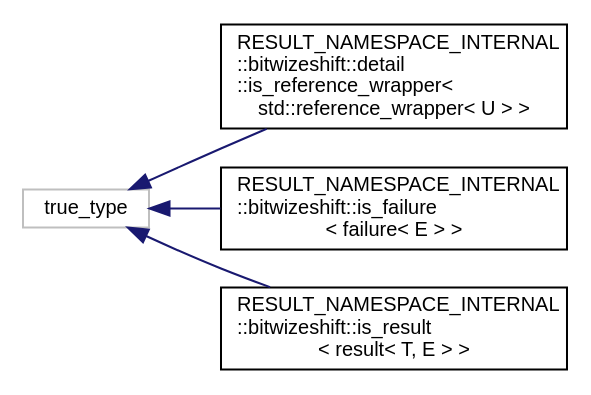
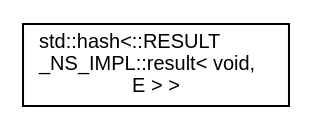
One commit to bitwizeshift/result changed the diagram in api/latest/inherit_graph_9.dot. Above: the diagram before and after it, drawn with Graphviz. The commit also changed 309 other files, not shown here.

```diff
--- a/api/latest/inherit_graph_9.dot
+++ b/api/latest/inherit_graph_9.dot
@@ -1,13 +1,7 @@
 digraph "Graphical Class Hierarchy"
 {
   edge [fontname="Helvetica",fontsize="10",labelfontname="Helvetica",labelfontsize="10"];
   node [fontname="Helvetica",fontsize="10",shape=record];
   rankdir="LR";
-  Node1 [label="true_type",height=0.2,width=0.4,color="grey75", fillcolor="white", style="filled"];
-  Node1 -> Node0 [dir="back",color="midnightblue",fontsize="10",style="solid",fontname="Helvetica"];
-  Node0 [label="RESULT_NAMESPACE_INTERNAL\l::bitwizeshift::detail\l::is_reference_wrapper\<\l std::reference_wrapper\< U \> \>",height=0.2,width=0.4,color="black", fillcolor="white", style="filled",URL="$d1/de0/struct_r_e_s_u_l_t___n_a_m_e_s_p_a_c_e___i_n_t_e_r_n_a_l_1_1bitwizeshift_1_1detail_1_1is__refere43e2a068656cb4f9e05553095762a28e.html"];
-  Node1 -> Node3 [dir="back",color="midnightblue",fontsize="10",style="solid",fontname="Helvetica"];
-  Node3 [label="RESULT_NAMESPACE_INTERNAL\l::bitwizeshift::is_failure\l\< failure\< E \> \>",height=0.2,width=0.4,color="black", fillcolor="white", style="filled",URL="$d7/d4c/struct_r_e_s_u_l_t___n_a_m_e_s_p_a_c_e___i_n_t_e_r_n_a_l_1_1bitwizeshift_1_1is__failure_3_01failure_3_01_e_01_4_01_4.html"];
-  Node1 -> Node4 [dir="back",color="midnightblue",fontsize="10",style="solid",fontname="Helvetica"];
-  Node4 [label="RESULT_NAMESPACE_INTERNAL\l::bitwizeshift::is_result\l\< result\< T, E \> \>",height=0.2,width=0.4,color="black", fillcolor="white", style="filled",URL="$db/dff/struct_r_e_s_u_l_t___n_a_m_e_s_p_a_c_e___i_n_t_e_r_n_a_l_1_1bitwizeshift_1_1is__result_3_01result_3_01_t_00_01_e_01_4_01_4.html"];
+  Node0 [label="std::hash\<::RESULT\l_NS_IMPL::result\< void,\l E \> \>",height=0.2,width=0.4,color="black", fillcolor="white", style="filled",URL="$d4/de7/structstd_1_1hash_3_1_1_r_e_s_u_l_t___n_s___i_m_p_l_1_1result_3_01void_00_01_e_01_4_01_4.html"];
 }
```
